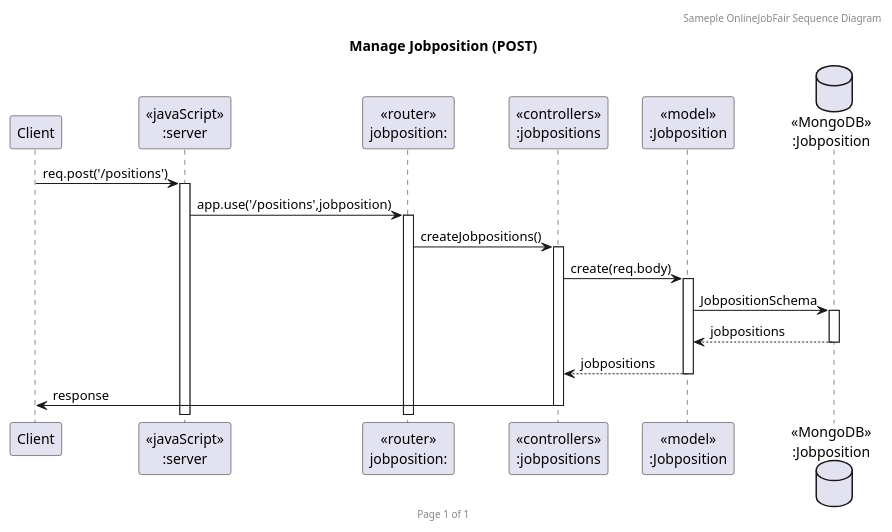
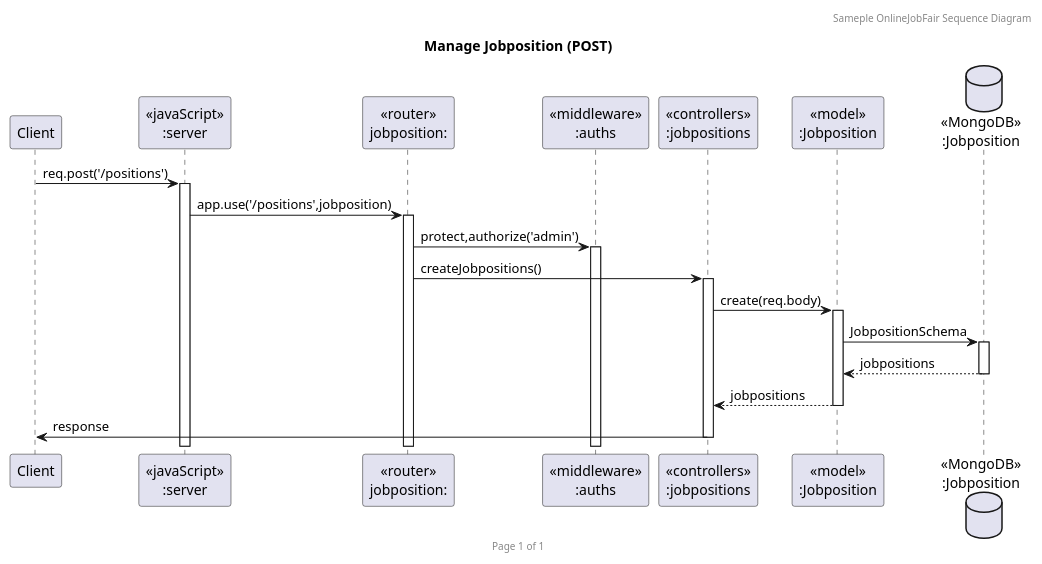
The diagram in plantuml/postposi.puml (2110503TACEDT66/presentation-day-1-madumeawteehongraomai), drawn with PlantUML before and after one commit. The commit also changed 29 other files, not shown here.

```diff
--- a/plantuml/postposi.puml
+++ b/plantuml/postposi.puml
@@ -1,23 +1,25 @@
 @startuml Manage Jobposition (GET)
 
 header Sameple OnlineJobFair Sequence Diagram
 footer Page %page% of %lastpage%
 title "Manage Jobposition (POST)"
 
 participant "Client" as client
 participant "<<javaScript>>\n:server" as server
 participant "<<router>>\njobposition:" as routerHospitals
+participant "<<middleware>>\n:auths" as auth
 participant "<<controllers>>\n:jobpositions" as controllersHospitals
 participant "<<model>>\n:Jobposition" as modelHospital
 database "<<MongoDB>>\n:Jobposition" as HospitalsDatabase
 
 client->server ++:req.post('/positions')
 server->routerHospitals ++:app.use('/positions',jobposition)
+routerHospitals-> auth ++:protect,authorize('admin')
 routerHospitals -> controllersHospitals ++:createJobpositions()
 controllersHospitals->modelHospital ++:create(req.body)
 modelHospital ->HospitalsDatabase ++: JobpositionSchema
 HospitalsDatabase --> modelHospital --: jobpositions
 controllersHospitals <-- modelHospital --:jobpositions
 controllersHospitals->client --:response
 
 @enduml
```
